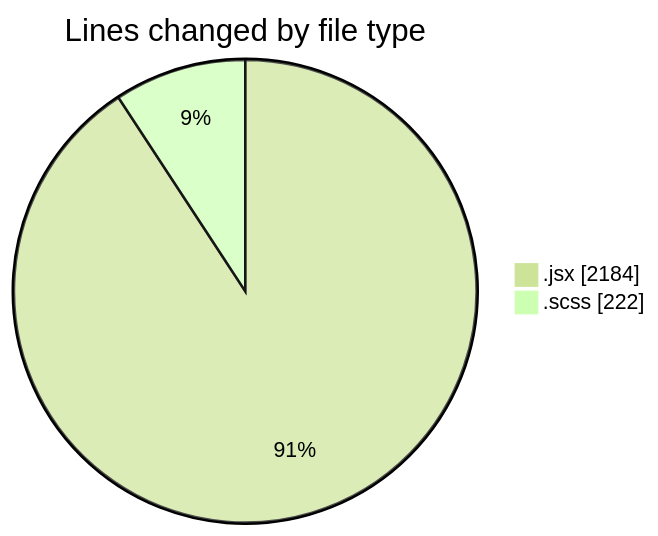
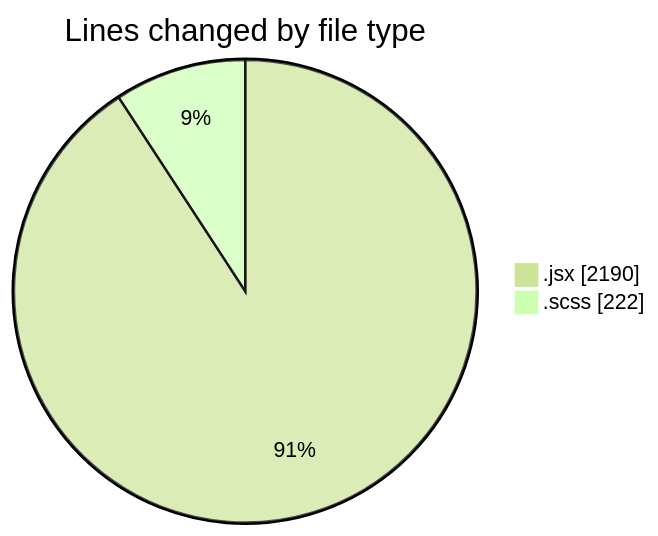
The first of 2 diagrams in 2026-09-02/cda/README.md (momahboobian/code-tracking), drawn with Mermaid (forest theme) before and after one commit. The commit also changed other lines of this file and 1 other file, not shown here.

````diff
--- a/2026-09-02/cda/README.md
+++ b/2026-09-02/cda/README.md
@@ -27,6 +27,6 @@
 ```mermaid
 pie showData
 title Lines changed by file type
-".jsx" : 2184
+".jsx" : 2190
 ".scss" : 222
 ```
````
